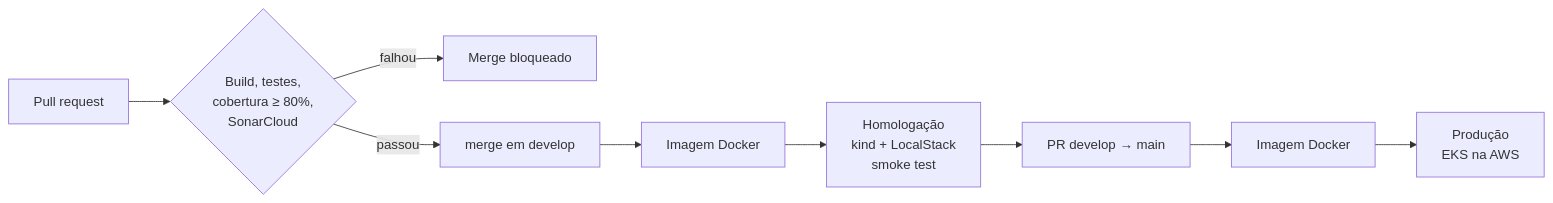
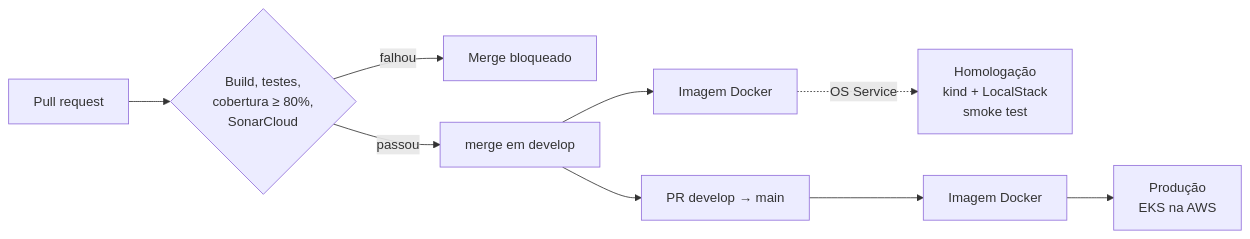
The third of 3 diagrams in docs/architecture.md (Jackeline2020/app-autoshop), drawn with Mermaid before and after one commit. The commit also changed other lines of this file and 16 other files, not shown here.

````diff
--- a/docs/architecture.md
+++ b/docs/architecture.md
@@ -119,11 +122,11 @@
 ```mermaid
 flowchart LR
     PR[Pull request] --> CK{Build, testes,<br/>cobertura ≥ 80%,<br/>SonarCloud}
     CK -- falhou --> X[Merge bloqueado]
     CK -- passou --> DEV[merge em develop]
     DEV --> IMG1[Imagem Docker]
-    IMG1 --> HML[Homologação<br/>kind + LocalStack<br/>smoke test]
-    HML --> MAIN[PR develop → main]
+    IMG1 -. OS Service .-> HML[Homologação<br/>kind + LocalStack<br/>smoke test]
+    DEV --> MAIN[PR develop → main]
     MAIN --> IMG2[Imagem Docker]
     IMG2 --> PRD[Produção<br/>EKS na AWS]
 ```
````
